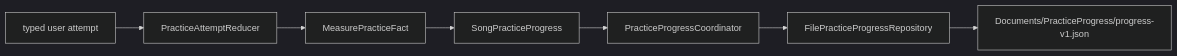
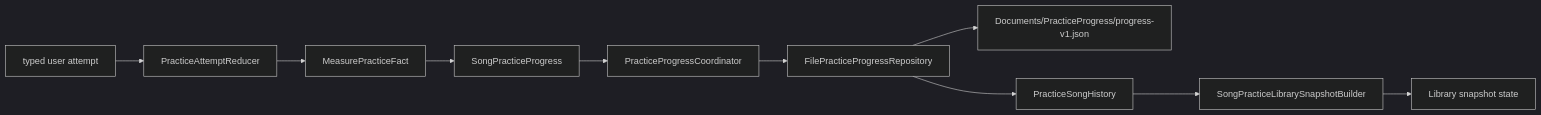
One commit to chiimagnus/Amoroso changed the second of 4 diagrams in docs/data-flow.md. Above: the diagram before and after it, drawn with Mermaid (dark theme). The commit also changed other lines of this file and 10 other files, not shown here.

````diff
--- a/docs/data-flow.md
+++ b/docs/data-flow.md
@@ -130,9 +142,12 @@
 ```mermaid
 flowchart LR
   A[typed user attempt] --> B[PracticeAttemptReducer]
   B --> C[MeasurePracticeFact]
   C --> D[SongPracticeProgress]
   D --> E[PracticeProgressCoordinator]
   E --> F[FilePracticeProgressRepository]
   F --> G[Documents/PracticeProgress/progress-v1.json]
+  F --> H[PracticeSongHistory]
+  H --> I[SongPracticeLibrarySnapshotBuilder]
+  I --> J[Library snapshot state]
 ```
````
